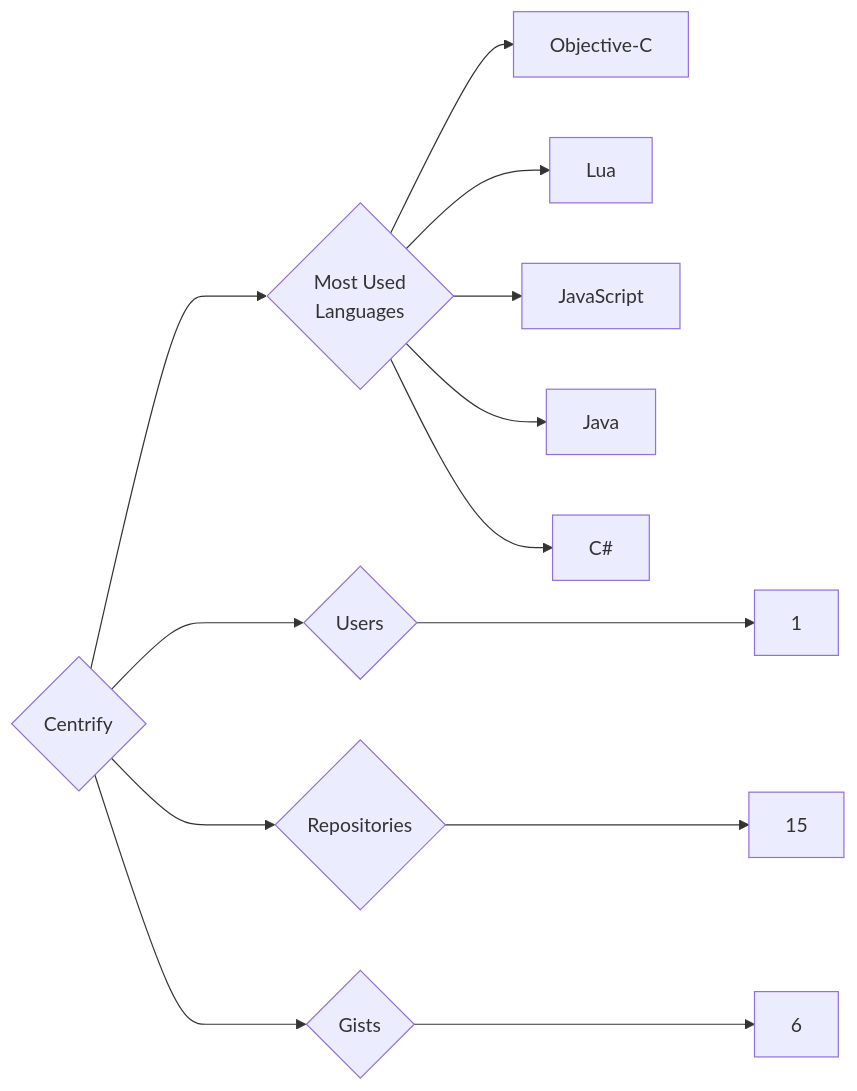
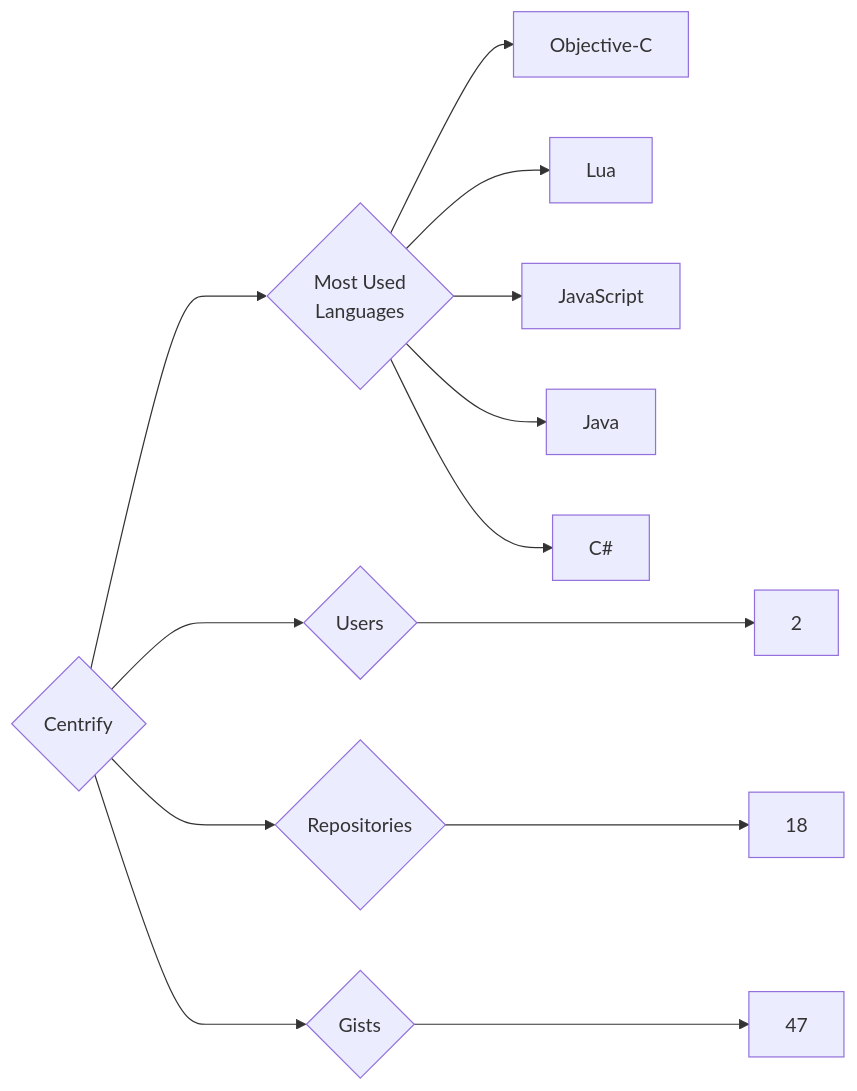
One commit to trickest/insiders changed the diagram in targets/Centrify/README.md. Above: the diagram before and after it, drawn with Mermaid. The commit also changed 718 other files, not shown here.

````diff
--- a/targets/Centrify/README.md
+++ b/targets/Centrify/README.md
@@ -3,13 +3,13 @@
 ```mermaid
 graph LR
 COMPANY_NAME{Centrify}
-COMPANY_NAME ---> U{Users} ---> UN[1]
-COMPANY_NAME ---> R{Repositories} ---> RN[15]
-COMPANY_NAME ---> G{Gists} ---> GN[6]
+COMPANY_NAME ---> U{Users} ---> UN[2]
+COMPANY_NAME ---> R{Repositories} ---> RN[18]
+COMPANY_NAME ---> G{Gists} ---> GN[47]
 COMPANY_NAME ---> ML{Most Used<br>Languages}
 ML --> Objective-C[Objective-C]
 ML --> Lua[Lua]
 ML --> JavaScript[JavaScript]
 ML --> Java[Java]
 ML --> C#[C#]
 ```
````
